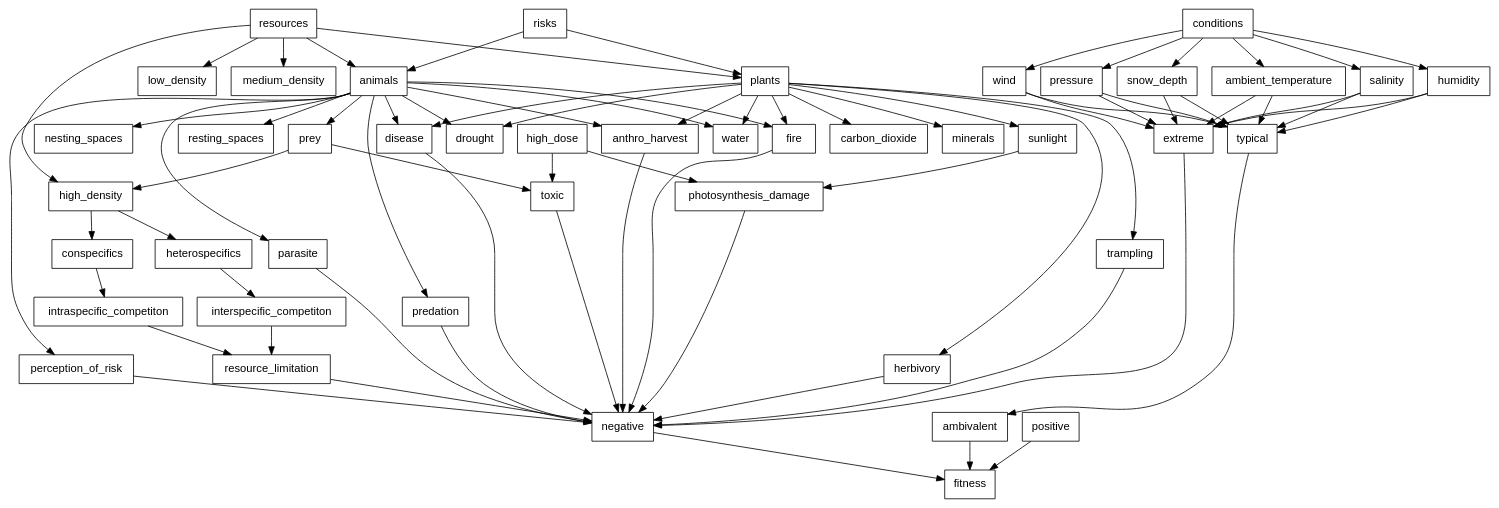
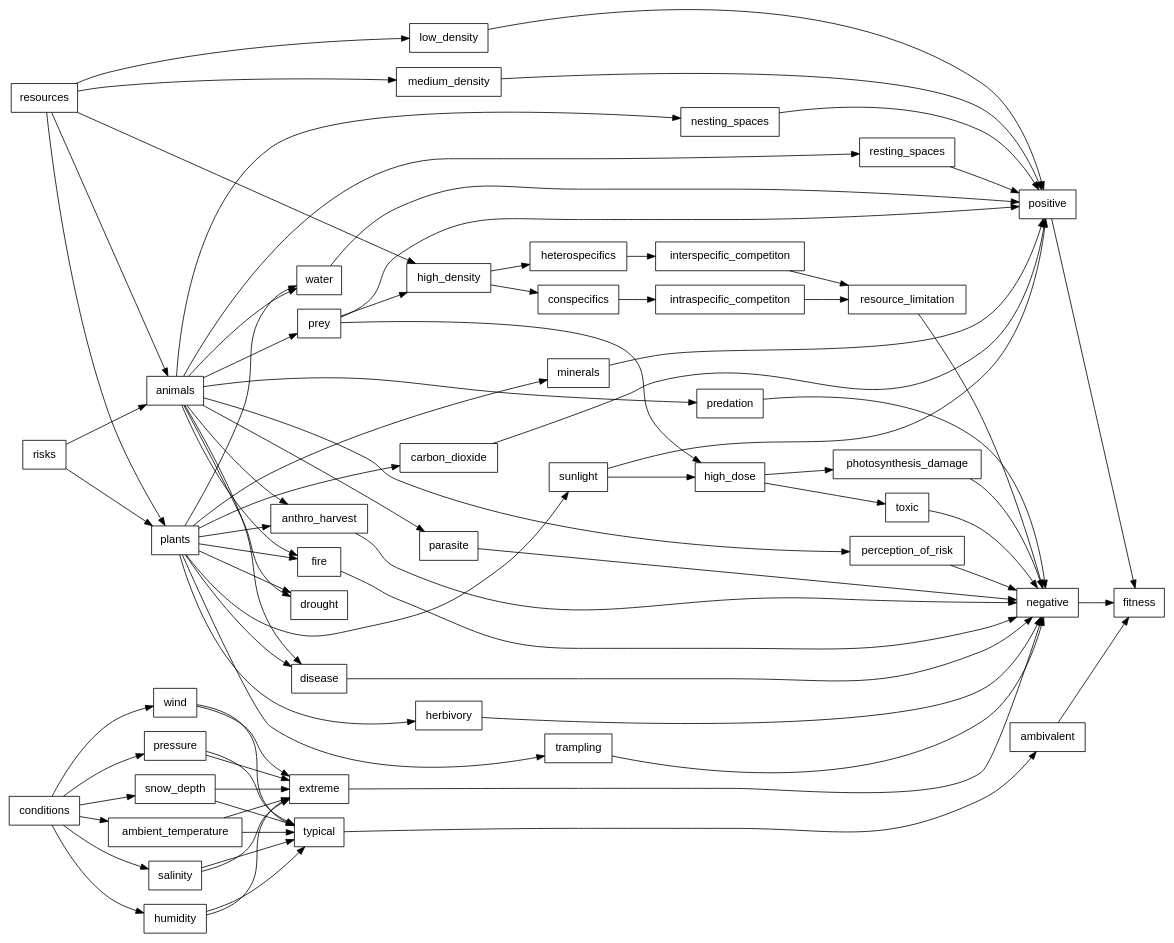
The diagram in gv/resources-risks-conditions.gv (robitalec/comprehensive-exam), drawn with Graphviz before and after one commit.

Commit message:
lr and ranks

```diff
--- a/gv/resources-risks-conditions.gv
+++ b/gv/resources-risks-conditions.gv
@@ -1,44 +1,53 @@
 digraph resources_risks_conditions {
-
+	rankdir = LR
   graph [fontsize = 12]
 
 	node [shape = box, fontname = Helvetica]
 
 		{rank=same
-    resources
-    risks
-    conditions
+	    resources
+	    risks
+	    conditions
 		}
 
 		{rank=same
-    animals
-    plants
+		  animals
+		  plants
+		}
+
+		{rank=same
+			positive
+			negative
+			ambivalent
 		}
 
     resources -> plants -> {sunlight carbon_dioxide water minerals}
     resources -> animals -> {prey water nesting_spaces resting_spaces}
 
     risks -> plants -> {herbivory trampling anthro_harvest fire disease drought}
     risks -> animals -> {predation perception_of_risk parasite disease anthro_harvest fire drought}
 
     conditions -> {ambient_temperature salinity humidity wind pressure snow_depth} -> {extreme typical}
 
-    {prey high_dose} -> toxic
-    {sunlight high_dose} -> photosynthesis_damage
+    prey -> high_dose -> toxic
+    sunlight -> high_dose -> photosynthesis_damage
 
     prey -> high_density -> {conspecifics heterospecifics}
     conspecifics -> intraspecific_competiton
     heterospecifics -> interspecific_competiton
   	{intraspecific_competiton interspecific_competiton} -> resource_limitation
 
     resources -> {low_density medium_density high_density}
 
     extreme -> negative
     typical -> ambivalent
 
     {toxic photosynthesis_damage} -> negative
     {herbivory trampling anthro_harvest fire disease parasite perception_of_risk predation resource_limitation} -> negative
 
+		{medium_density low_density, resting_spaces nesting_spaces prey} -> positive
+		{carbon_dioxide minerals water sunlight} -> positive
+
     {positive  negative  ambivalent} -> fitness
 
 }
```
